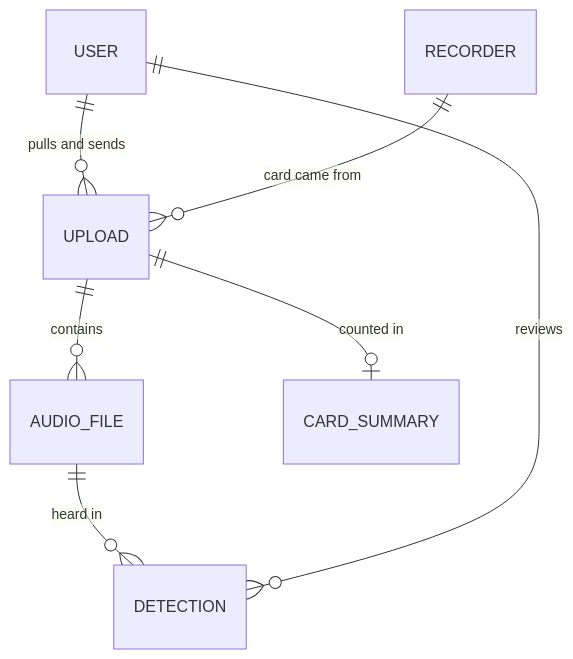
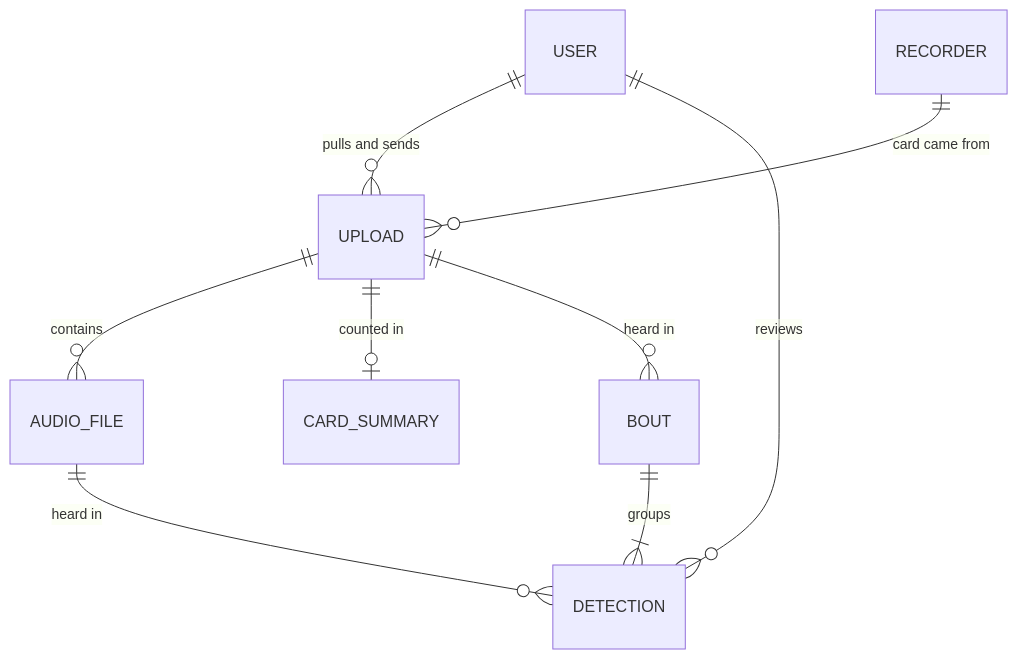
Before and after one commit to TimMisiak/EASBirdNet: the diagram in SCHEMA.md, drawn with Mermaid. The commit also changed other lines of this file and 20 other files, not shown here.

````diff
--- a/SCHEMA.md
+++ b/SCHEMA.md
@@ -26,9 +27,11 @@
 ```mermaid
 erDiagram
     USER ||--o{ UPLOAD : "pulls and sends"
     RECORDER ||--o{ UPLOAD : "card came from"
     UPLOAD ||--o{ AUDIO_FILE : contains
     AUDIO_FILE ||--o{ DETECTION : "heard in"
     USER ||--o{ DETECTION : reviews
     UPLOAD ||--o| CARD_SUMMARY : "counted in"
+    UPLOAD ||--o{ BOUT : "heard in"
+    BOUT ||--|{ DETECTION : groups
 ```
````
